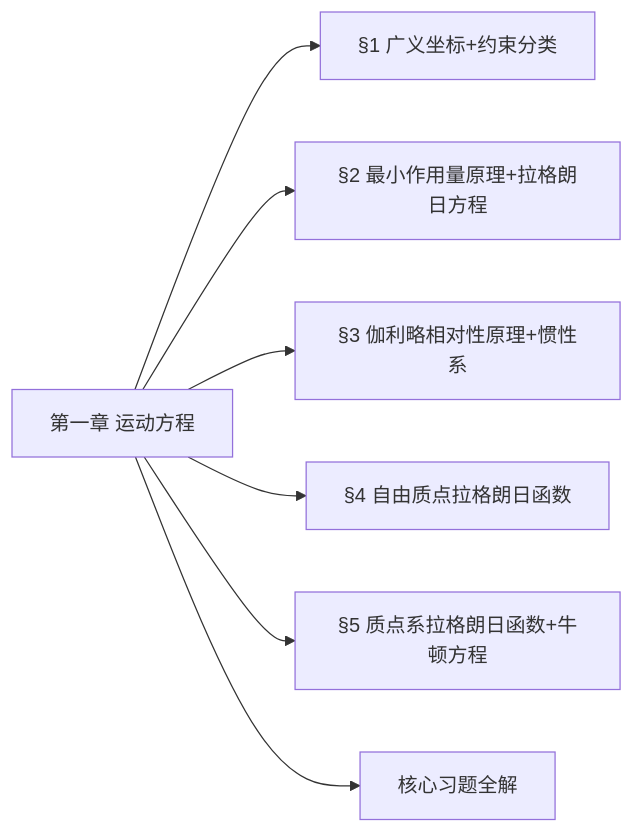
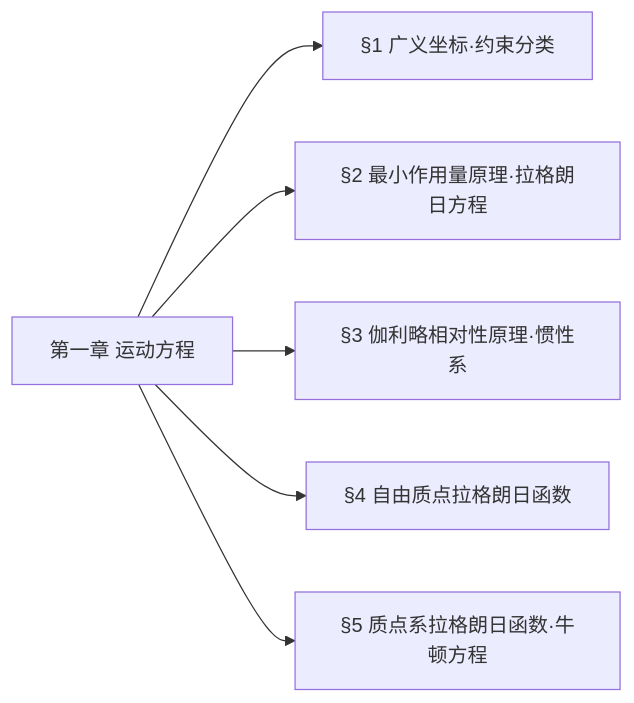
The diagram in 理论物理学/第一章 运动方程（来自豆包思考模式）.md (ylking888/DMT_cloud), drawn with Mermaid before and after one commit. The commit also changed other lines of this file, not shown here.

````diff
--- a/理论物理学/第一章 运动方程（来自豆包思考模式）.md
+++ b/理论物理学/第一章 运动方程（来自豆包思考模式）.md
@@ -11,9 +2,8 @@
 ```mermaid
 graph LR
-A[第一章 运动方程] --> B[§1 广义坐标+约束分类]
-A --> C[§2 最小作用量原理+拉格朗日方程]
-A --> D[§3 伽利略相对性原理+惯性系]
+A[第一章 运动方程] --> B[§1 广义坐标·约束分类]
+A --> C[§2 最小作用量原理·拉格朗日方程]
+A --> D[§3 伽利略相对性原理·惯性系]
 A --> E[§4 自由质点拉格朗日函数]
-A --> F[§5 质点系拉格朗日函数+牛顿方程]
-A --> G[核心习题全解]
+A --> F[§5 质点系拉格朗日函数·牛顿方程]
 ```
````
